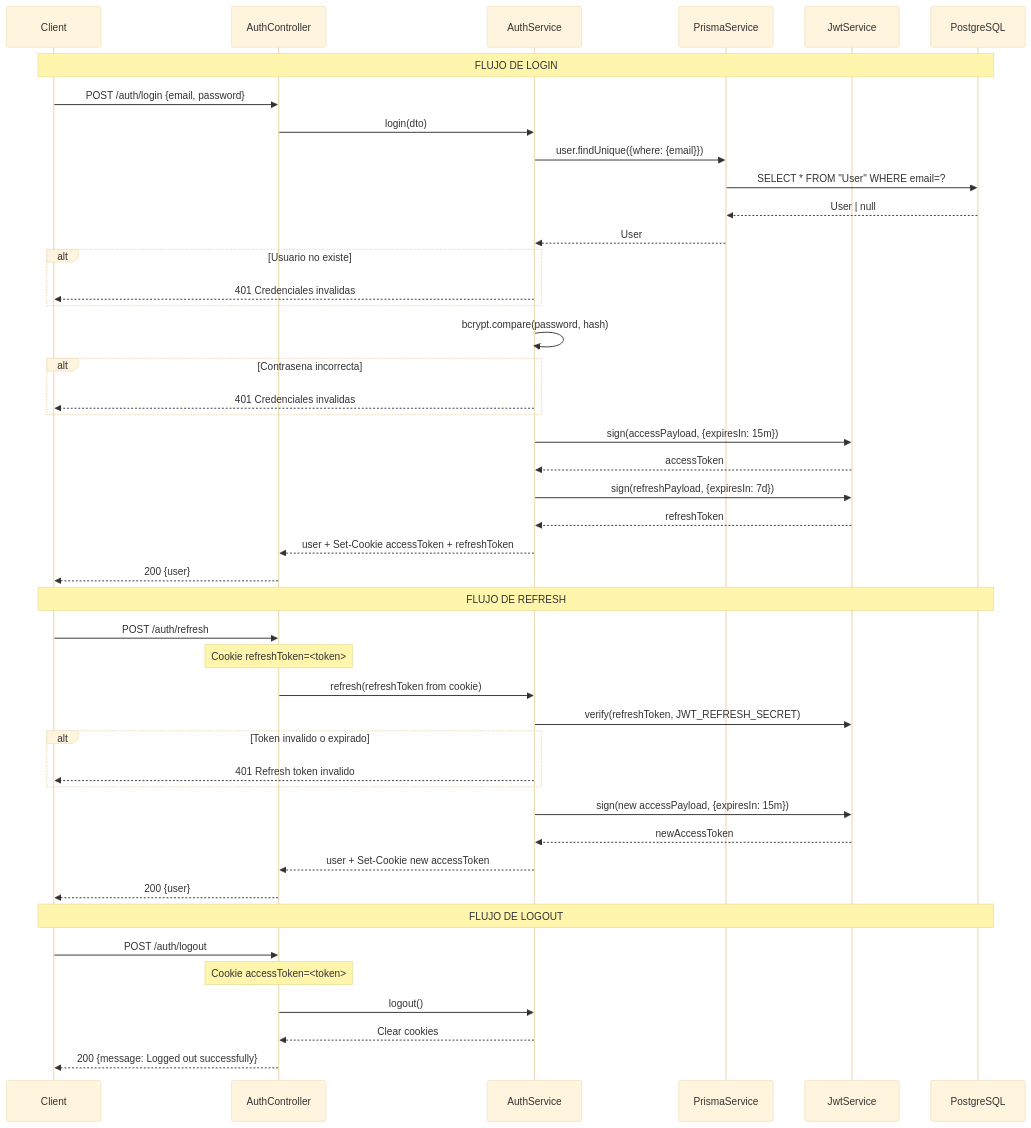
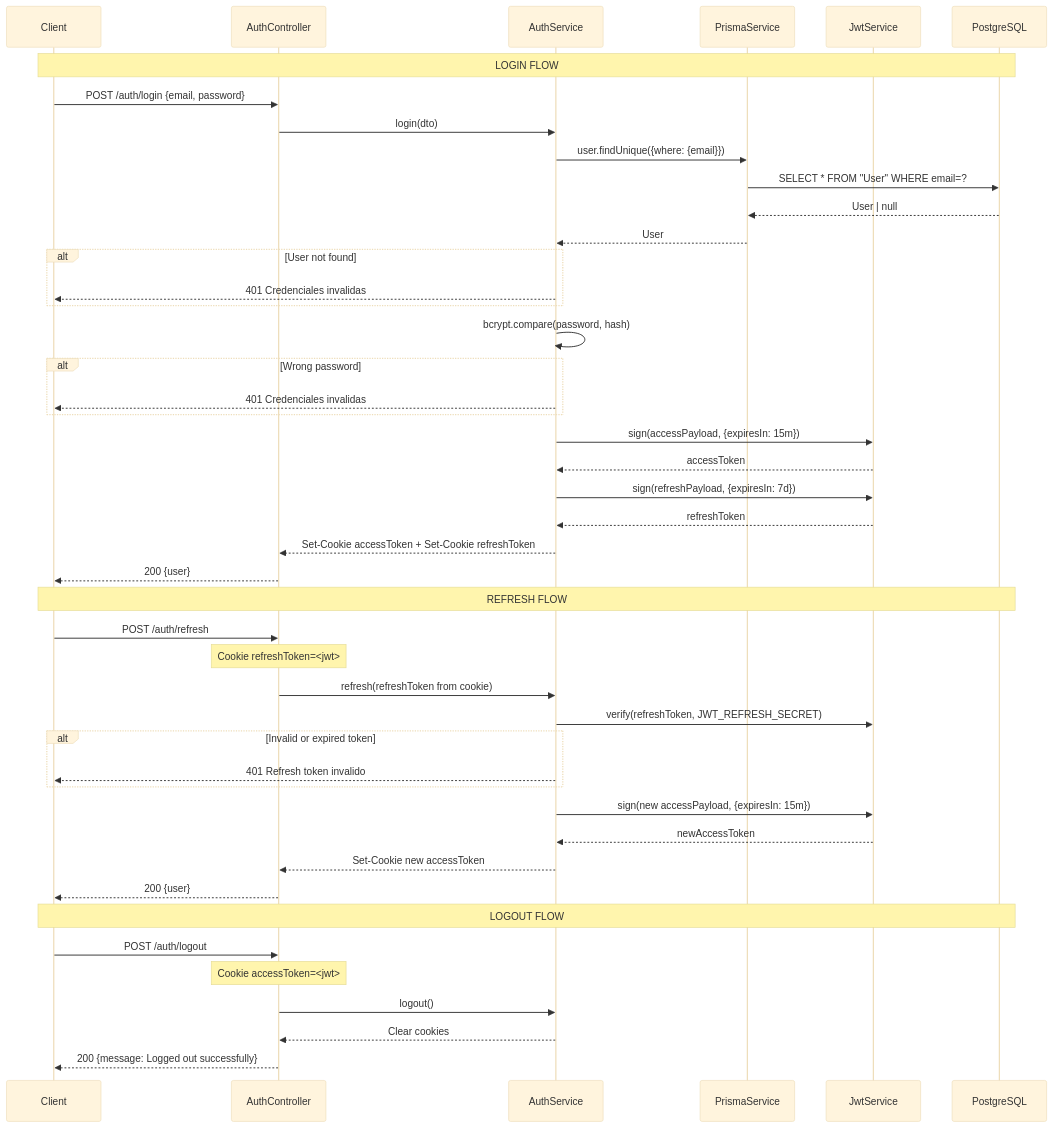
One commit to CristianMz21/prescriptions-app-backend changed the diagram in docs/diagrams/03-flujo-auth.mmd. Above: the diagram before and after it, drawn with Mermaid. The commit also changed 76 other files, not shown here.

```diff
--- a/docs/diagrams/03-flujo-auth.mmd
+++ b/docs/diagrams/03-flujo-auth.mmd
@@ -1,52 +1,52 @@
 %%{init: {"theme": "base", "themeVariables": {"fontSize": "18px"}}}%%
 sequenceDiagram
     participant C as Client
     participant AC as AuthController
     participant AS as AuthService
     participant PR as PrismaService
     participant JWT as JwtService
     participant DB as PostgreSQL
 
-    Note over C,DB: FLUJO DE LOGIN
+    Note over C,DB: LOGIN FLOW
 
     C->>AC: POST /auth/login {email, password}
     AC->>AS: login(dto)
     AS->>PR: user.findUnique({where: {email}})
     PR->>DB: SELECT * FROM "User" WHERE email=?
     DB-->>PR: User | null
     PR-->>AS: User
-    alt Usuario no existe
+    alt User not found
         AS-->>C: 401 Credenciales invalidas
     end
     AS->>AS: bcrypt.compare(password, hash)
-    alt Contrasena incorrecta
+    alt Wrong password
         AS-->>C: 401 Credenciales invalidas
     end
     AS->>JWT: sign(accessPayload, {expiresIn: 15m})
     JWT-->>AS: accessToken
     AS->>JWT: sign(refreshPayload, {expiresIn: 7d})
     JWT-->>AS: refreshToken
-    AS-->>AC: user + Set-Cookie accessToken + refreshToken
+    AS-->>AC: Set-Cookie accessToken + Set-Cookie refreshToken
     AC-->>C: 200 {user}
 
-    Note over C,DB: FLUJO DE REFRESH
+    Note over C,DB: REFRESH FLOW
 
     C->>AC: POST /auth/refresh
-    Note over AC: Cookie refreshToken=<token>
+    Note over AC: Cookie refreshToken=<jwt>
     AC->>AS: refresh(refreshToken from cookie)
     AS->>JWT: verify(refreshToken, JWT_REFRESH_SECRET)
-    alt Token invalido o expirado
+    alt Invalid or expired token
         AS-->>C: 401 Refresh token invalido
     end
     AS->>JWT: sign(new accessPayload, {expiresIn: 15m})
     JWT-->>AS: newAccessToken
-    AS-->>AC: user + Set-Cookie new accessToken
+    AS-->>AC: Set-Cookie new accessToken
     AC-->>C: 200 {user}
 
-    Note over C,DB: FLUJO DE LOGOUT
+    Note over C,DB: LOGOUT FLOW
 
     C->>AC: POST /auth/logout
-    Note over AC: Cookie accessToken=<token>
+    Note over AC: Cookie accessToken=<jwt>
     AC->>AS: logout()
     AS-->>AC: Clear cookies
     AC-->>C: 200 {message: Logged out successfully}
```
